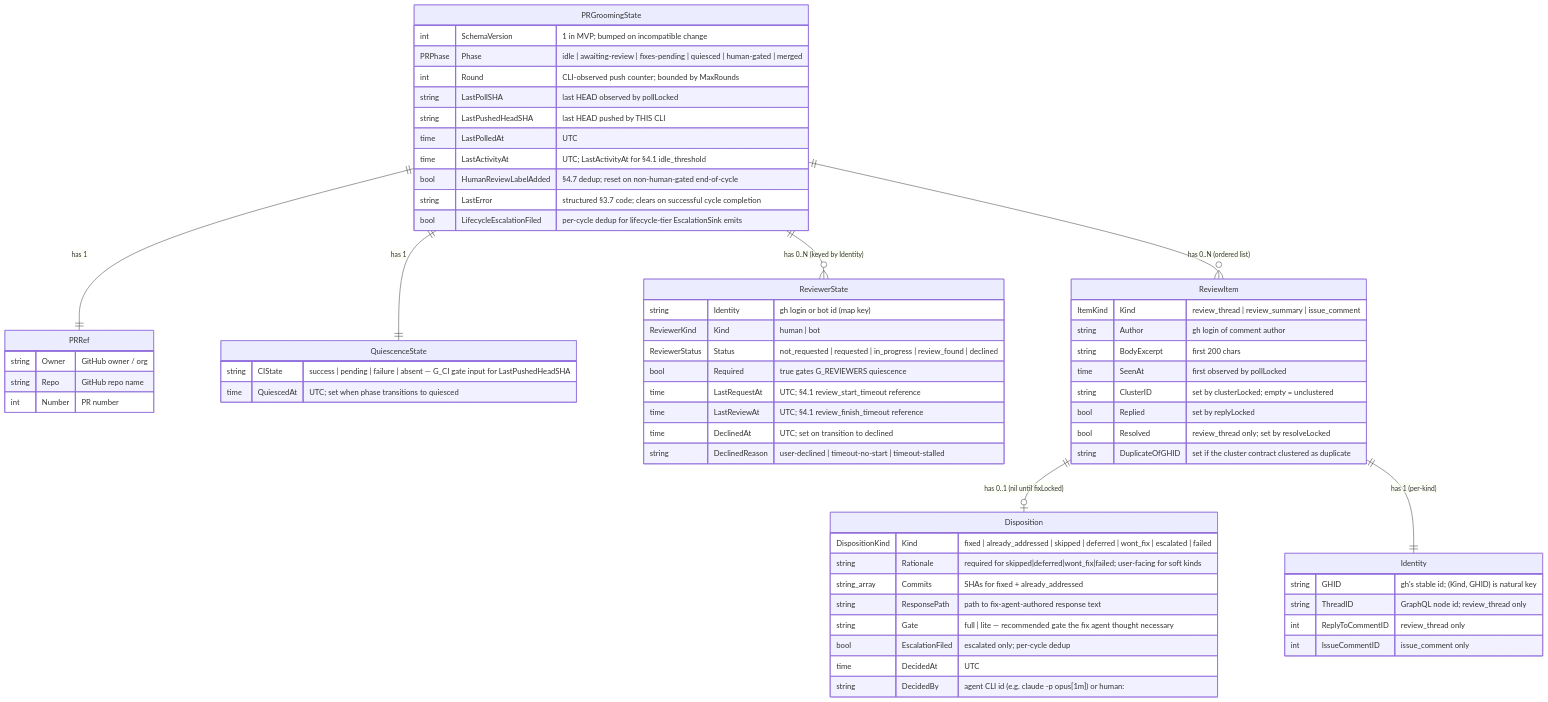
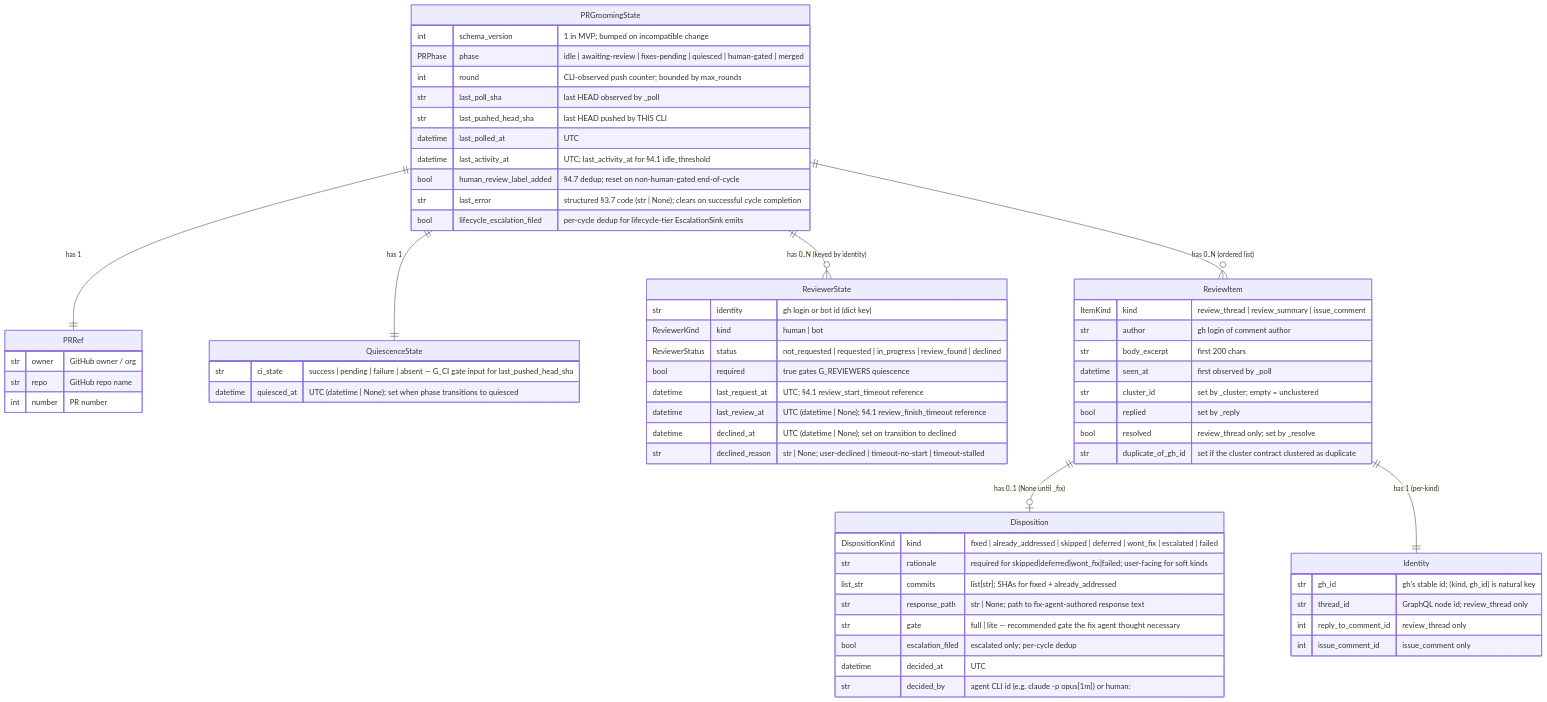
Before and after one commit to scotthamilton77/agents-config: the first of 2 diagrams in docs/architecture/prgroom/data-view.md, drawn with Mermaid. The commit also changed other lines of this file and 9 other files, not shown here.

First line of the commit message:
docs(prgroom): convert architecture HLDs from Go to Python (fca6.14) (#132)

````diff
--- a/docs/architecture/prgroom/data-view.md
+++ b/docs/architecture/prgroom/data-view.md
@@ -33,73 +33,73 @@
 ```mermaid
 erDiagram
     PRGroomingState ||--|| PRRef                : "has 1"
     PRGroomingState ||--|| QuiescenceState      : "has 1"
-    PRGroomingState ||--o{ ReviewerState        : "has 0..N (keyed by Identity)"
+    PRGroomingState ||--o{ ReviewerState        : "has 0..N (keyed by identity)"
     PRGroomingState ||--o{ ReviewItem           : "has 0..N (ordered list)"
-    ReviewItem      ||--o| Disposition          : "has 0..1 (nil until fixLocked)"
+    ReviewItem      ||--o| Disposition          : "has 0..1 (None until _fix)"
     ReviewItem      ||--|| Identity             : "has 1 (per-kind)"
 
     PRGroomingState {
-        int     SchemaVersion       "1 in MVP; bumped on incompatible change"
-        PRPhase Phase               "idle | awaiting-review | fixes-pending | quiesced | human-gated | merged"
-        int     Round               "CLI-observed push counter; bounded by MaxRounds"
-        string  LastPollSHA         "last HEAD observed by pollLocked"
-        string  LastPushedHeadSHA   "last HEAD pushed by THIS CLI"
-        time    LastPolledAt        "UTC"
-        time    LastActivityAt      "UTC; LastActivityAt for §4.1 idle_threshold"
-        bool    HumanReviewLabelAdded "§4.7 dedup; reset on non-human-gated end-of-cycle"
-        string  LastError           "structured §3.7 code; clears on successful cycle completion"
-        bool    LifecycleEscalationFiled "per-cycle dedup for lifecycle-tier EscalationSink emits"
+        int     schema_version           "1 in MVP; bumped on incompatible change"
+        PRPhase phase                    "idle | awaiting-review | fixes-pending | quiesced | human-gated | merged"
+        int     round                    "CLI-observed push counter; bounded by max_rounds"
+        str     last_poll_sha            "last HEAD observed by _poll"
+        str     last_pushed_head_sha     "last HEAD pushed by THIS CLI"
+        datetime last_polled_at          "UTC"
+        datetime last_activity_at        "UTC; last_activity_at for §4.1 idle_threshold"
+        bool    human_review_label_added "§4.7 dedup; reset on non-human-gated end-of-cycle"
+        str     last_error               "structured §3.7 code (str | None); clears on successful cycle completion"
+        bool    lifecycle_escalation_filed "per-cycle dedup for lifecycle-tier EscalationSink emits"
     }
 
     PRRef {
-        string Owner   "GitHub owner / org"
-        string Repo    "GitHub repo name"
-        int    Number  "PR number"
+        str owner   "GitHub owner / org"
+        str repo    "GitHub repo name"
+        int number  "PR number"
     }
 
     ReviewerState {
-        string         Identity        "gh login or bot id (map key)"
-        ReviewerKind   Kind            "human | bot"
-        ReviewerStatus Status          "not_requested | requested | in_progress | review_found | declined"
-        bool           Required        "true gates G_REVIEWERS quiescence"
-        time           LastRequestAt   "UTC; §4.1 review_start_timeout reference"
-        time           LastReviewAt    "UTC; §4.1 review_finish_timeout reference"
-        time           DeclinedAt      "UTC; set on transition to declined"
-        string         DeclinedReason  "user-declined | timeout-no-start | timeout-stalled"
+        str            identity         "gh login or bot id (dict key)"
+        ReviewerKind   kind             "human | bot"
+        ReviewerStatus status           "not_requested | requested | in_progress | review_found | declined"
+        bool           required         "true gates G_REVIEWERS quiescence"
+        datetime       last_request_at  "UTC; §4.1 review_start_timeout reference"
+        datetime       last_review_at   "UTC (datetime | None); §4.1 review_finish_timeout reference"
+        datetime       declined_at      "UTC (datetime | None); set on transition to declined"
+        str            declined_reason  "str | None; user-declined | timeout-no-start | timeout-stalled"
     }
 
     ReviewItem {
-        ItemKind Kind            "review_thread | review_summary | issue_comment"
-        string   Author          "gh login of comment author"
-        string   BodyExcerpt     "first 200 chars"
-        time     SeenAt          "first observed by pollLocked"
-        string   ClusterID       "set by clusterLocked; empty = unclustered"
-        bool     Replied         "set by replyLocked"
-        bool     Resolved        "review_thread only; set by resolveLocked"
-        string   DuplicateOfGHID "set if the cluster contract clustered as duplicate"
+        ItemKind kind              "review_thread | review_summary | issue_comment"
+        str      author            "gh login of comment author"
+        str      body_excerpt      "first 200 chars"
+        datetime seen_at           "first observed by _poll"
+        str      cluster_id        "set by _cluster; empty = unclustered"
+        bool     replied           "set by _reply"
+        bool     resolved          "review_thread only; set by _resolve"
+        str      duplicate_of_gh_id "set if the cluster contract clustered as duplicate"
     }
 
     Identity {
-        string GHID             "gh's stable id; (Kind, GHID) is natural key"
-        string ThreadID         "GraphQL node id; review_thread only"
-        int    ReplyToCommentID "review_thread only"
-        int    IssueCommentID   "issue_comment only"
+        str gh_id               "gh's stable id; (kind, gh_id) is natural key"
+        str thread_id           "GraphQL node id; review_thread only"
+        int reply_to_comment_id "review_thread only"
+        int issue_comment_id    "issue_comment only"
     }
 
     Disposition {
-        DispositionKind Kind            "fixed | already_addressed | skipped | deferred | wont_fix | escalated | failed"
-        string          Rationale       "required for skipped|deferred|wont_fix|failed; user-facing for soft kinds"
-        string_array    Commits         "SHAs for fixed + already_addressed"
-        string          ResponsePath    "path to fix-agent-authored response text"
-        string          Gate            "full | lite — recommended gate the fix agent thought necessary"
-        bool            EscalationFiled "escalated only; per-cycle dedup"
-        time            DecidedAt       "UTC"
-        string          DecidedBy       "agent CLI id (e.g. claude -p opus[1m]) or human:<login>"
+        DispositionKind kind             "fixed | already_addressed | skipped | deferred | wont_fix | escalated | failed"
+        str             rationale        "required for skipped|deferred|wont_fix|failed; user-facing for soft kinds"
+        list_str        commits          "list[str]; SHAs for fixed + already_addressed"
+        str             response_path    "str | None; path to fix-agent-authored response text"
+        str             gate             "full | lite — recommended gate the fix agent thought necessary"
+        bool            escalation_filed "escalated only; per-cycle dedup"
+        datetime        decided_at       "UTC"
+        str             decided_by       "agent CLI id (e.g. claude -p opus[1m]) or human:<login>"
     }
 
     QuiescenceState {
-        string CIState     "success | pending | failure | absent — G_CI gate input for LastPushedHeadSHA"
-        time   QuiescedAt  "UTC; set when phase transitions to quiesced"
+        str      ci_state    "success | pending | failure | absent — G_CI gate input for last_pushed_head_sha"
+        datetime quiesced_at "UTC (datetime | None); set when phase transitions to quiesced"
     }
 ```
````
